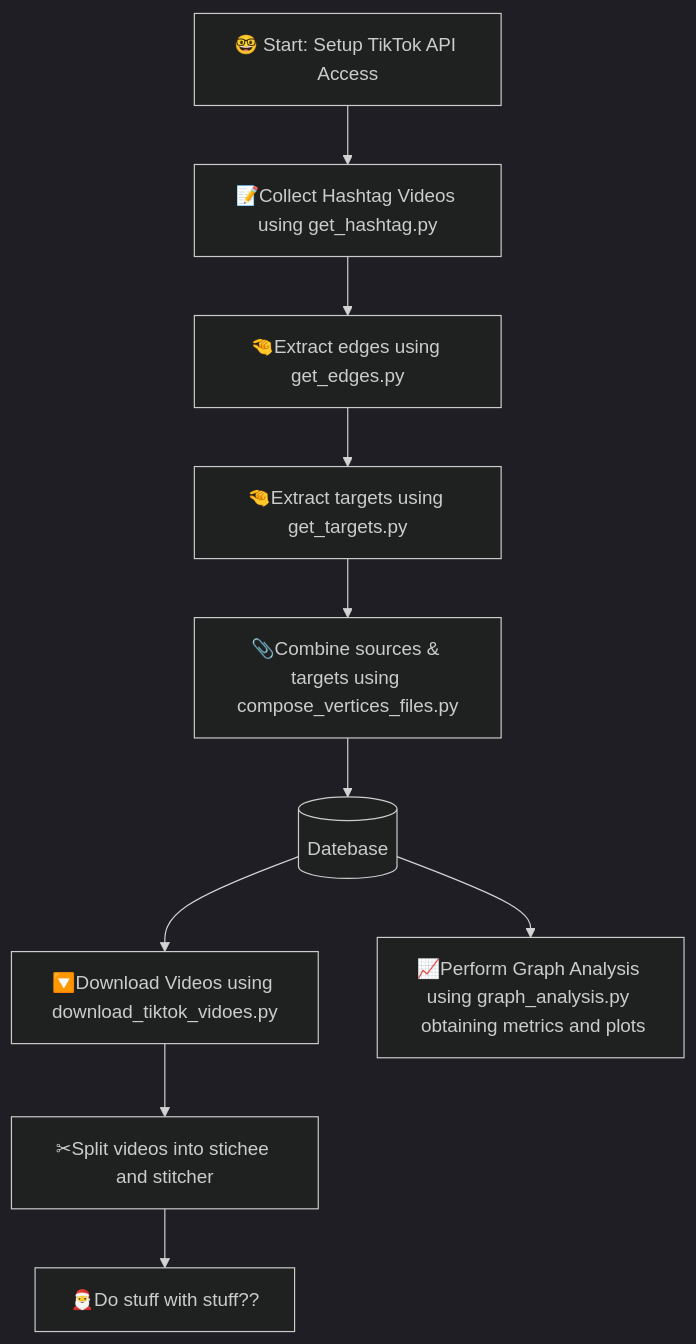
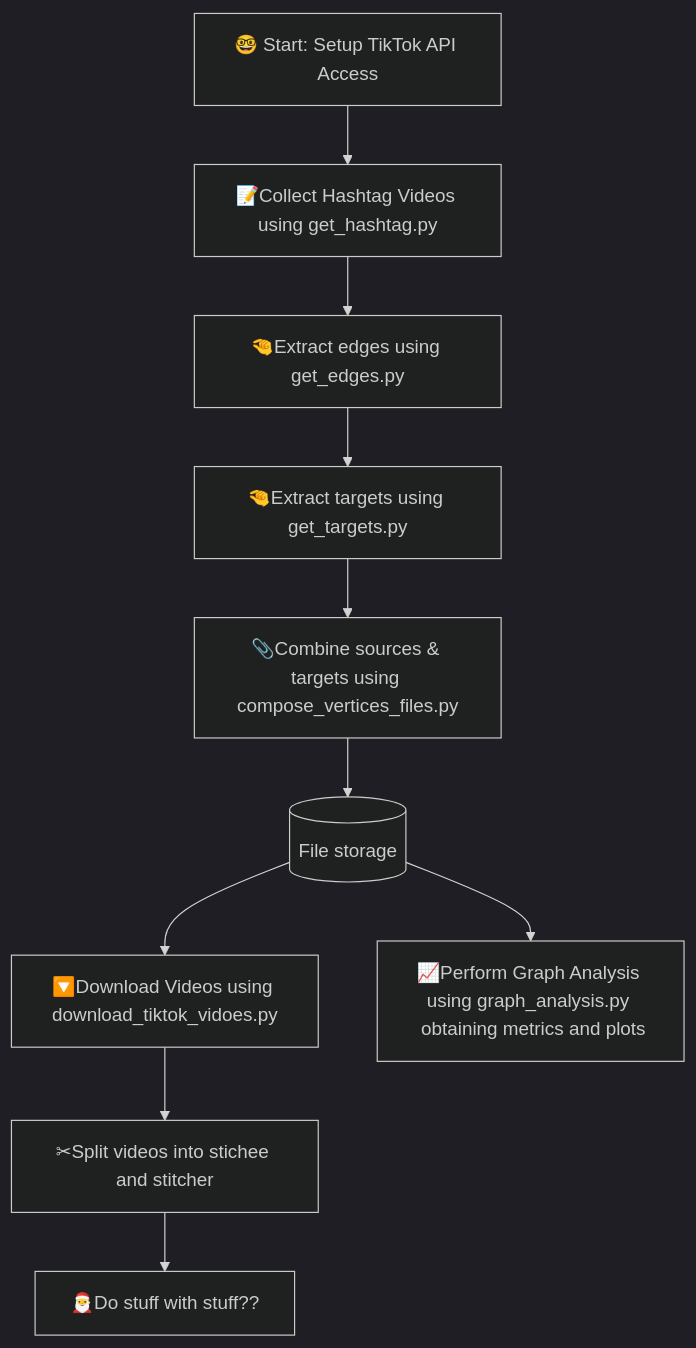
One commit to Marcus-Friis/thesis changed the diagram in README.md. Above: the diagram before and after it, drawn with Mermaid. The commit also changed other lines of this file, not shown here.

````diff
--- a/README.md
+++ b/README.md
@@ -11,24 +11,22 @@
 ```mermaid
-%%{init: {'theme': 'dark', 'themeVariables': { 'primaryColor': '#4f98ca', 'edgeLabelBackground':'#2b2b2b', 'nodeTextColor': '#ffffff', 'background': '#1e1e1e'}}}%%
-
 %%{init: {'theme': 'dark', 'themeVariables': { 'primaryColor': '#4f98ca', 'edgeLabelBackground':'#2b2b2b', 'nodeTextColor': '#ffffff', 'background': '#1e1e1e'}}}%%
 
 graph TD
     A[🤓 Start: Setup TikTok API Access ] --> B[📝Collect Hashtag Videos using get_hashtag.py]
     click A href "https://github.com/Marcus-Friis/thesis/tree/cleanup?tab=readme-ov-file#tiktok-api" "click A"
     click B href "https://github.com/Marcus-Friis/thesis/tree/cleanup?tab=readme-ov-file#get-hashtag-stitches" "hi"
 
 
     B --> C[🤏Extract edges using get_edges.py]
     C --> D[🤏Extract targets using get_targets.py]
     D --> G[📎Combine sources & targets using compose_vertices_files.py]
-    G --> P[(Datebase)]
+    G --> P[(File storage)]
     P -->  E[🔽Download Videos using download_tiktok_vidoes.py]
     P -->  H[📈Perform Graph Analysis using graph_analysis.py <br> obtaining metrics and plots]
     E --> J[✂Split videos into stichee and stitcher]
     J --> I[🎅Do stuff with stuff??]
 
     click A href "https://github.com/Marcus-Friis/thesis/tree/cleanup?tab=readme-ov-file#tiktok-api" "click A"
 
     click B href "https://github.com/Marcus-Friis/thesis/tree/cleanup?tab=readme-ov-file#get-hashtag-stitches" "hi"
 ```
````
